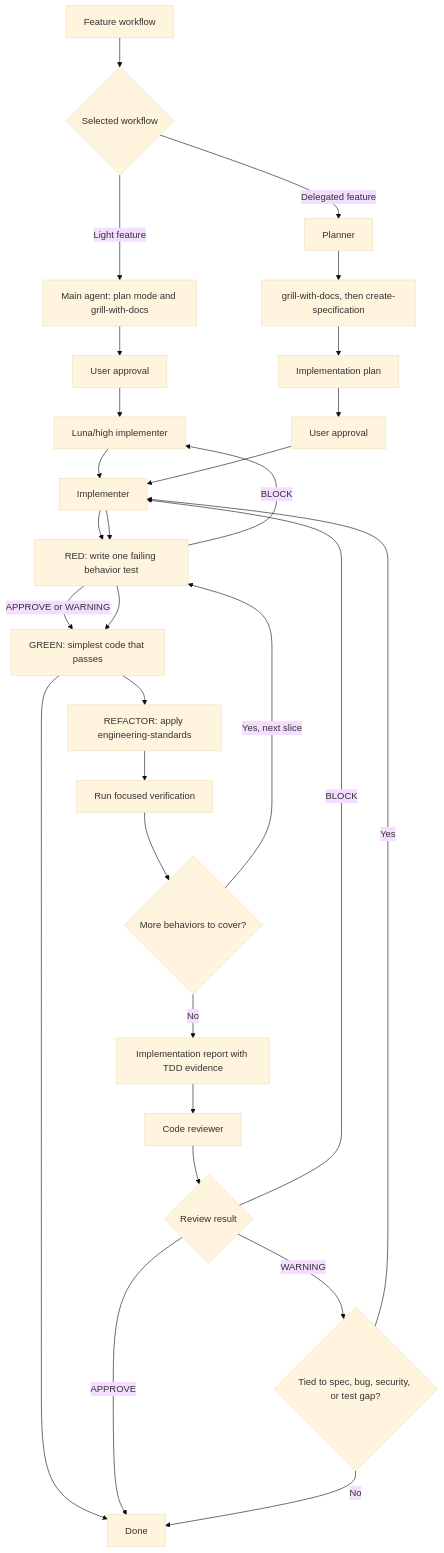
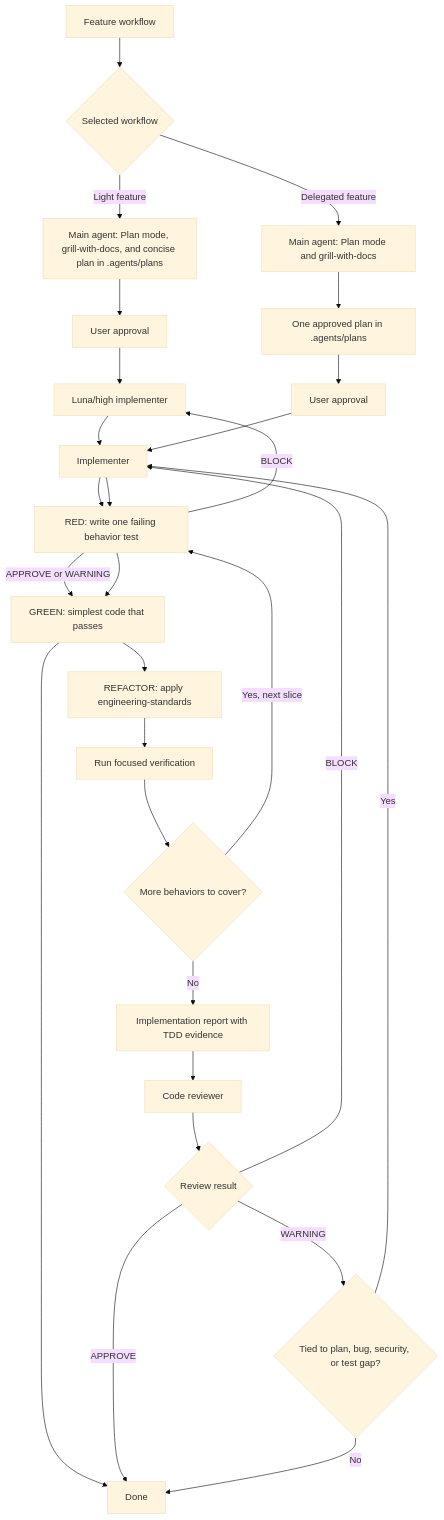
Before and after one commit to aloilor/lean-coding-agent: the second of 4 diagrams in README.md, drawn with Mermaid (base theme). The commit also changed other lines of this file and 18 other files, not shown here.

````diff
--- a/README.md
+++ b/README.md
@@ -59,31 +59,30 @@
 ```mermaid
 flowchart TD
     A[Feature workflow] --> B{Selected workflow}
-    B -->|Light feature| C[Main agent: plan mode and grill-with-docs]
+    B -->|Light feature| C[Main agent: Plan mode, grill-with-docs, and concise plan in .agents/plans]
     C --> D[User approval]
     D --> E[Luna/high implementer]
     E --> F[Luna/high code reviewer]
     F --> G{Review result}
     G -->|BLOCK| E
     G -->|APPROVE or WARNING| H[Main-agent closeout and verification]
     H --> O[Done]
-    B -->|Delegated feature| Q[Planner]
-    Q --> R[grill-with-docs, then create-specification]
-    R --> S[Implementation plan]
-    S --> T[User approval]
+    B -->|Delegated feature| Q[Main agent: Plan mode and grill-with-docs]
+    Q --> R[One approved plan in .agents/plans]
+    R --> T[User approval]
     T --> F[Implementer]
     F --> G[RED: write one failing behavior test]
     G --> H[GREEN: simplest code that passes]
     H --> I[REFACTOR: apply engineering-standards]
     I --> J[Run focused verification]
     J --> K{More behaviors to cover?}
     K -->|Yes, next slice| G
     K -->|No| L[Implementation report with TDD evidence]
     L --> M[Code reviewer]
     M --> N{Review result}
     N -->|APPROVE| O
     N -->|BLOCK| F
-    N -->|WARNING| P{Tied to spec, bug, security, or test gap?}
+    N -->|WARNING| P{Tied to plan, bug, security, or test gap?}
     P -->|Yes| F
     P -->|No| O
 ```
````
